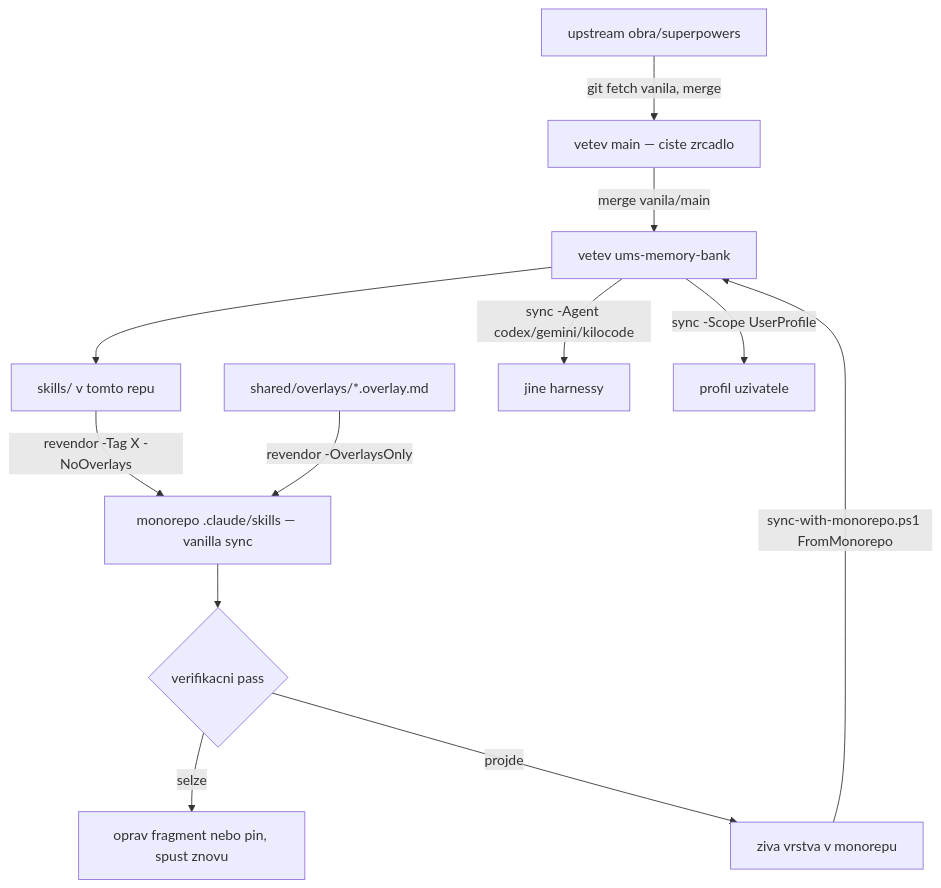
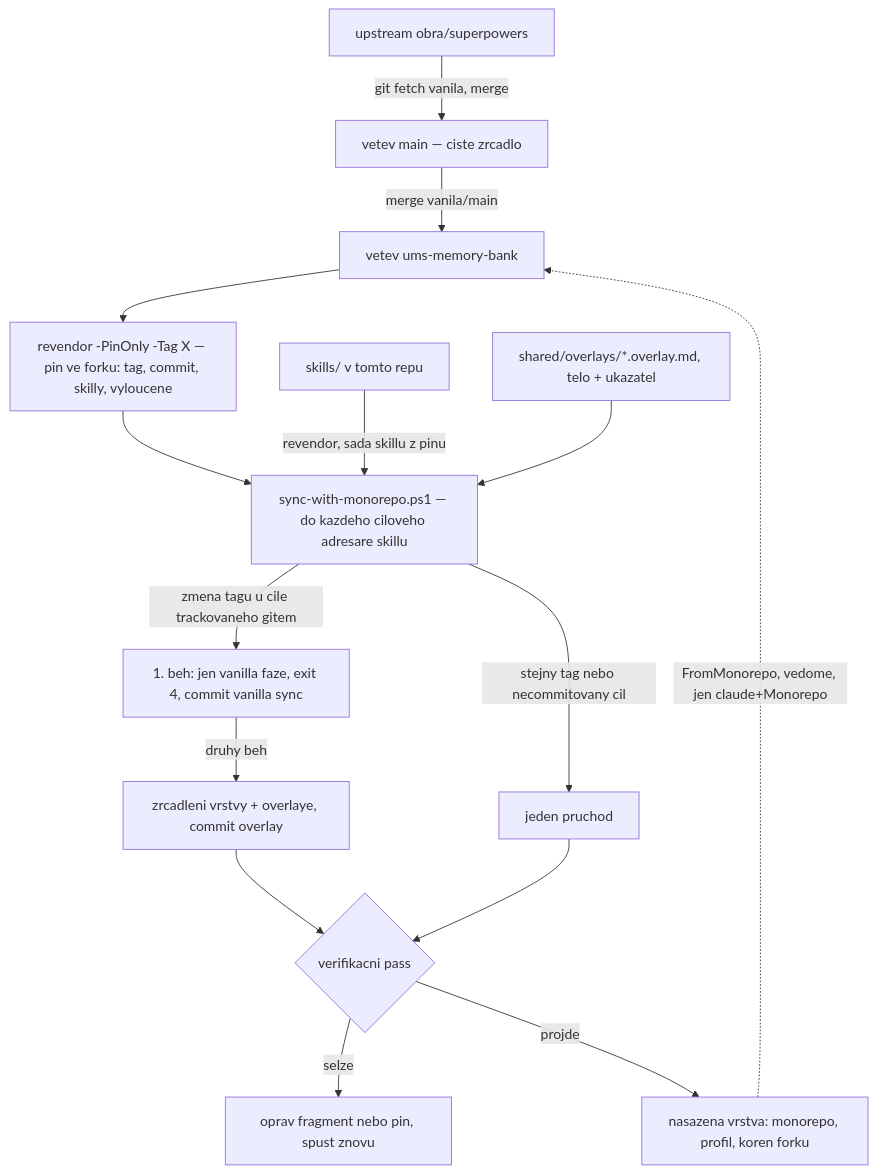
One commit to janmatejka/superpowers changed the fifth of 5 diagrams in memory-bank/architecture.md. Above: the diagram before and after it, drawn with Mermaid. The commit also changed other lines of this file and 7 other files, not shown here.

````diff
--- a/memory-bank/architecture.md
+++ b/memory-bank/architecture.md
@@ -1206,14 +1397,17 @@
 ```mermaid
 flowchart TD
     UP["upstream obra/superpowers"] -->|git fetch vanila, merge| MAIN["vetev main — ciste zrcadlo"]
     MAIN -->|merge vanila/main| BR["vetev ums-memory-bank"]
-    BR --> SKILLS["skills/ v tomto repu"]
-    SKILLS -->|revendor -Tag X -NoOverlays| VEND["monorepo .claude/skills — vanilla sync"]
-    FRAG["shared/overlays/*.overlay.md"] -->|revendor -OverlaysOnly| VEND
-    VEND --> VERIFY{"verifikacni pass"}
+    BR --> PIN["revendor -PinOnly -Tag X — pin ve forku: tag, commit, skilly, vyloucene"]
+    PIN --> SYNC["sync-with-monorepo.ps1 — do kazdeho ciloveho adresare skillu"]
+    SKILLS["skills/ v tomto repu"] -->|revendor, sada skillu z pinu| SYNC
+    FRAG["shared/overlays/*.overlay.md, telo + ukazatel"] --> SYNC
+    SYNC -->|zmena tagu u cile trackovaneho gitem| VAN["1. beh: jen vanilla faze, exit 4, commit vanilla sync"]
+    VAN -->|druhy beh| OVL["zrcadleni vrstvy + overlaye, commit overlay"]
+    SYNC -->|stejny tag nebo necommitovany cil| ONE["jeden pruchod"]
+    OVL --> VERIFY{"verifikacni pass"}
+    ONE --> VERIFY
     VERIFY -->|selze| FIXFRAG["oprav fragment nebo pin, spust znovu"]
-    VERIFY -->|projde| LIVE["ziva vrstva v monorepu"]
-    LIVE -->|sync-with-monorepo.ps1 FromMonorepo| BR
-    BR -->|sync -Agent codex/gemini/kilocode| OTHER["jine harnessy"]
-    BR -->|sync -Scope UserProfile| PROF["profil uzivatele"]
+    VERIFY -->|projde| LIVE["nasazena vrstva: monorepo, profil, koren forku"]
+    LIVE -.->|FromMonorepo, vedome, jen claude+Monorepo| BR
 ```
````
